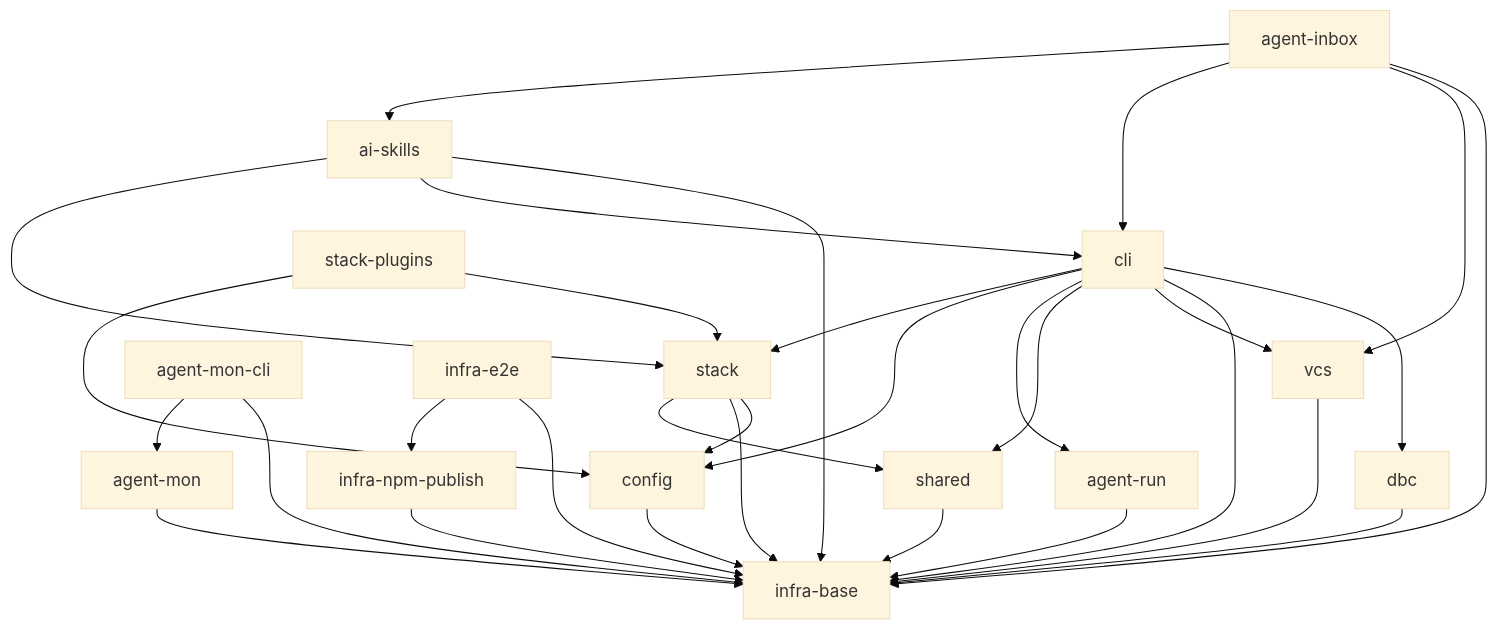
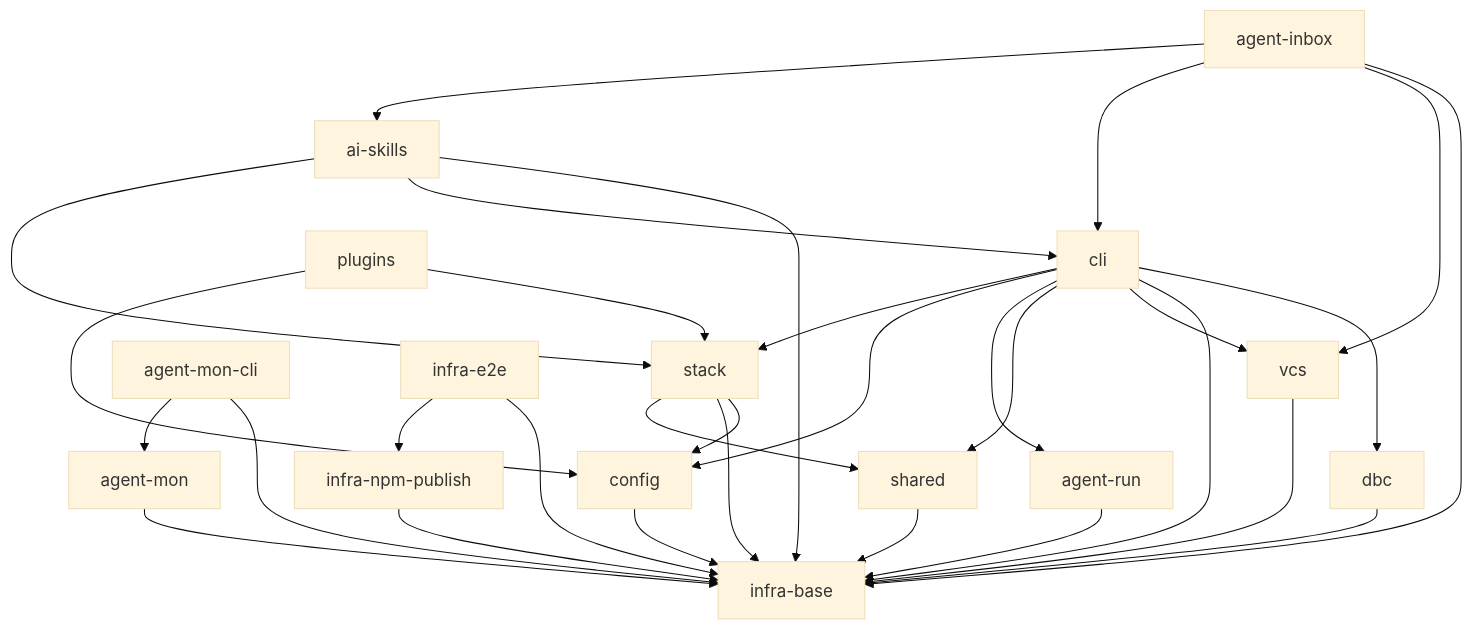
The diagram in specs/README.md (RubaXa/gennady), drawn with Mermaid (base theme) before and after one commit. The commit also changed other lines of this file and 2 other files, not shown here.

````diff
--- a/specs/README.md
+++ b/specs/README.md
@@ -9,33 +9,33 @@
 ```mermaid
 graph TD
     cli --> dbc
     cli --> infra-base
     cli --> vcs
     cli --> shared
     dbc --> infra-base
     vcs --> infra-base
     agent-mon --> infra-base
     agent-mon-cli --> infra-base
     agent-mon-cli --> agent-mon
     agent-run --> infra-base
     cli --> agent-run
     ai-skills --> infra-base
     ai-skills --> cli
     infra-npm-publish --> infra-base
     agent-inbox --> infra-base
     agent-inbox --> vcs
     agent-inbox --> cli
     agent-inbox --> ai-skills
     shared --> infra-base
     infra-e2e --> infra-base
     infra-e2e --> infra-npm-publish
     config --> infra-base
-    stack-plugins --> stack
-    stack-plugins --> config
+    plugins --> stack
+    plugins --> config
     stack --> config
     cli --> config
     stack --> infra-base
     stack --> shared
     cli --> stack
     ai-skills --> stack
 ```
````
